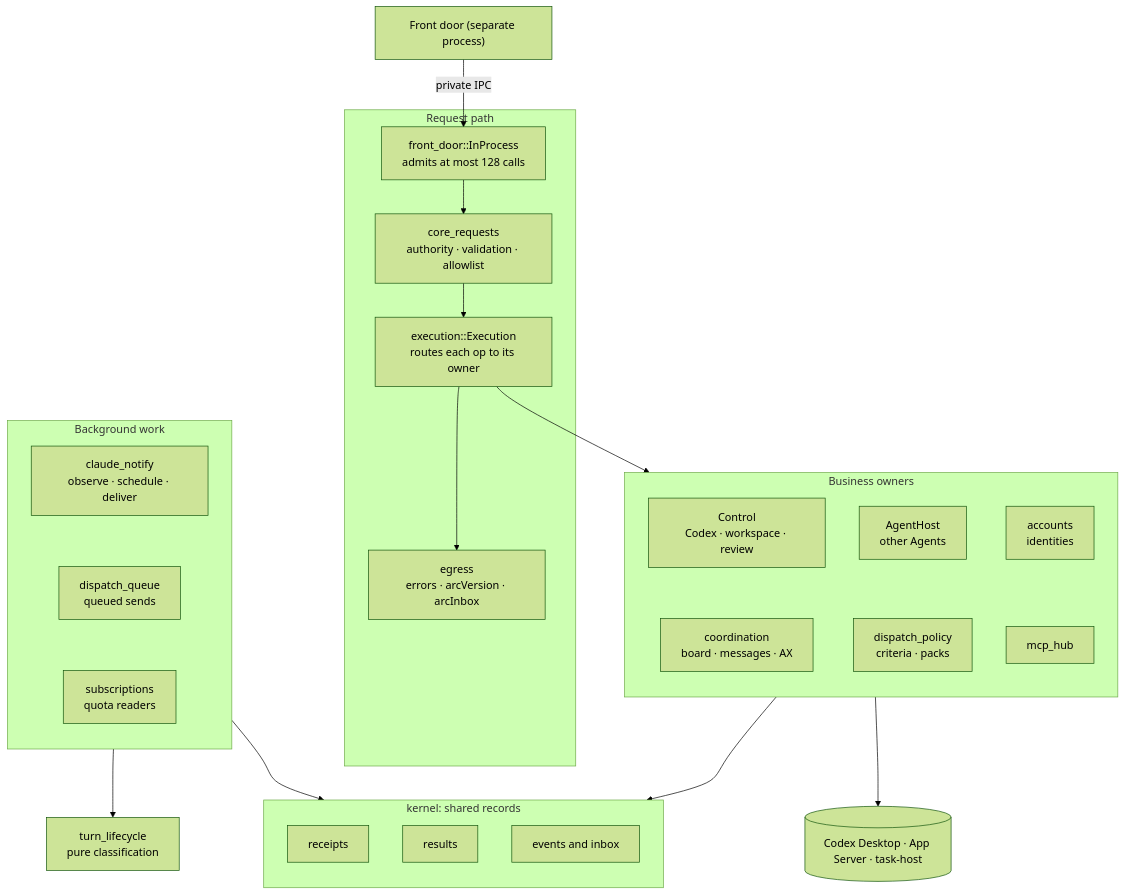
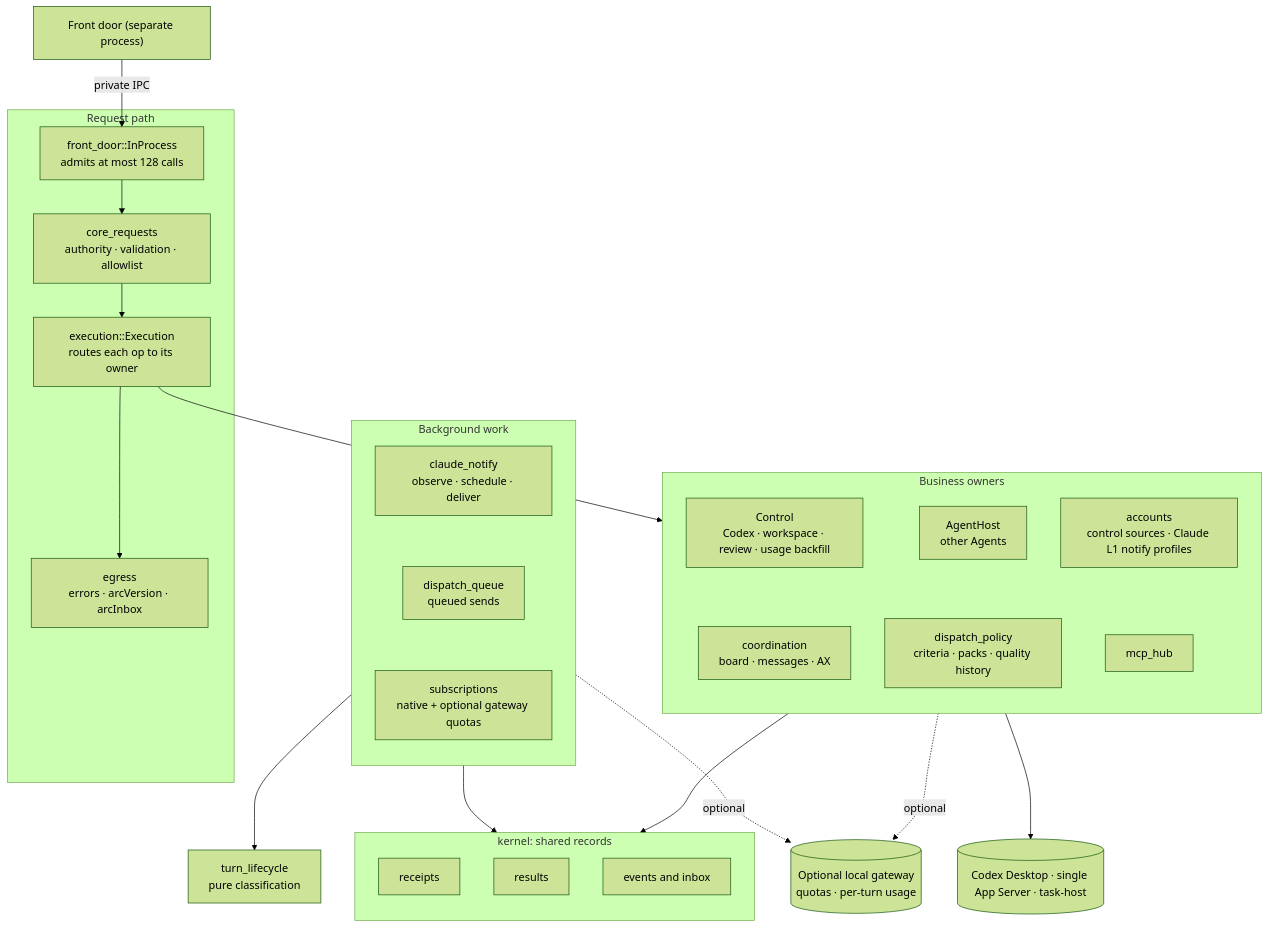
The diagram in arch/components/core.mmd (whzxc/agent-remote-control), drawn with Mermaid (forest theme) before and after one commit. The commit also changed 118 other files, not shown here.

Commit message:
refactor(accounts,dispatch): remove agent multi-account routing and add optional local gateway telemetry

```diff
--- a/arch/components/core.mmd
+++ b/arch/components/core.mmd
@@ -1,48 +1,51 @@
 %% Core internals (layer 1): request path, business owners, background work and shared records.
 %% Index and code mapping: docs/dev/arch-assets.md
 flowchart TB
   fdq["Front door (separate process)"]
   subgraph PATH["Request path"]
     inproc["front_door::InProcess<br/>admits at most 128 calls"]
     admit["core_requests<br/>authority · validation · allowlist"]
     exec["execution::Execution<br/>routes each op to its owner"]
     egress["egress<br/>errors · arcVersion · arcInbox"]
     inproc --> admit
     admit --> exec
     exec --> egress
   end
   subgraph OWNERS["Business owners"]
     direction TB
-    control["Control<br/>Codex · workspace · review"]
+    control["Control<br/>Codex · workspace · review · usage backfill"]
     agenthost["AgentHost<br/>other Agents"]
-    accounts["accounts<br/>identities"]
+    accounts["accounts<br/>control sources · Claude L1 notify profiles"]
     coord["coordination<br/>board · messages · AX"]
-    policy["dispatch_policy<br/>criteria · packs"]
+    policy["dispatch_policy<br/>criteria · packs · quality history"]
     hub["mcp_hub"]
     control ~~~ coord
     agenthost ~~~ policy
     accounts ~~~ hub
   end
   subgraph BG["Background work"]
     direction TB
     notify["claude_notify<br/>observe · schedule · deliver"]
     queue["dispatch_queue<br/>queued sends"]
-    subs["subscriptions<br/>quota readers"]
+    subs["subscriptions<br/>native + optional gateway quotas"]
     notify ~~~ queue
     queue ~~~ subs
   end
   subgraph KERNEL["kernel: shared records"]
     direction TB
     receipts["receipts"]
     results["results"]
     events["events and inbox"]
   end
   lifecycle["turn_lifecycle<br/>pure classification"]
-  ext[("Codex Desktop · App Server · task-host")]
+  ext[("Codex Desktop · single App Server · task-host")]
+  gw[("Optional local gateway<br/>quotas · per-turn usage")]
   fdq -->|"private IPC"| inproc
   exec --> OWNERS
   OWNERS --> KERNEL
   OWNERS --> ext
+  OWNERS -.->|"optional"| gw
+  BG -.->|"optional"| gw
   BG --> lifecycle
   BG --> KERNEL
   class hub experimental
```
